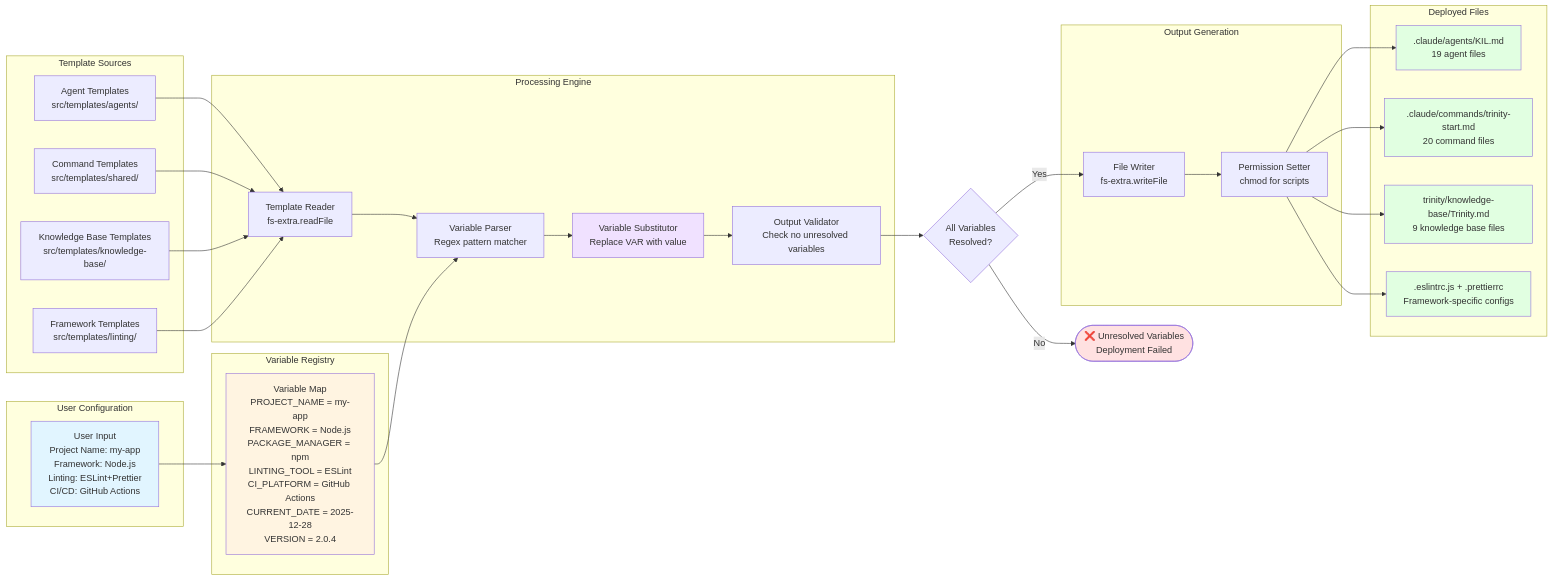
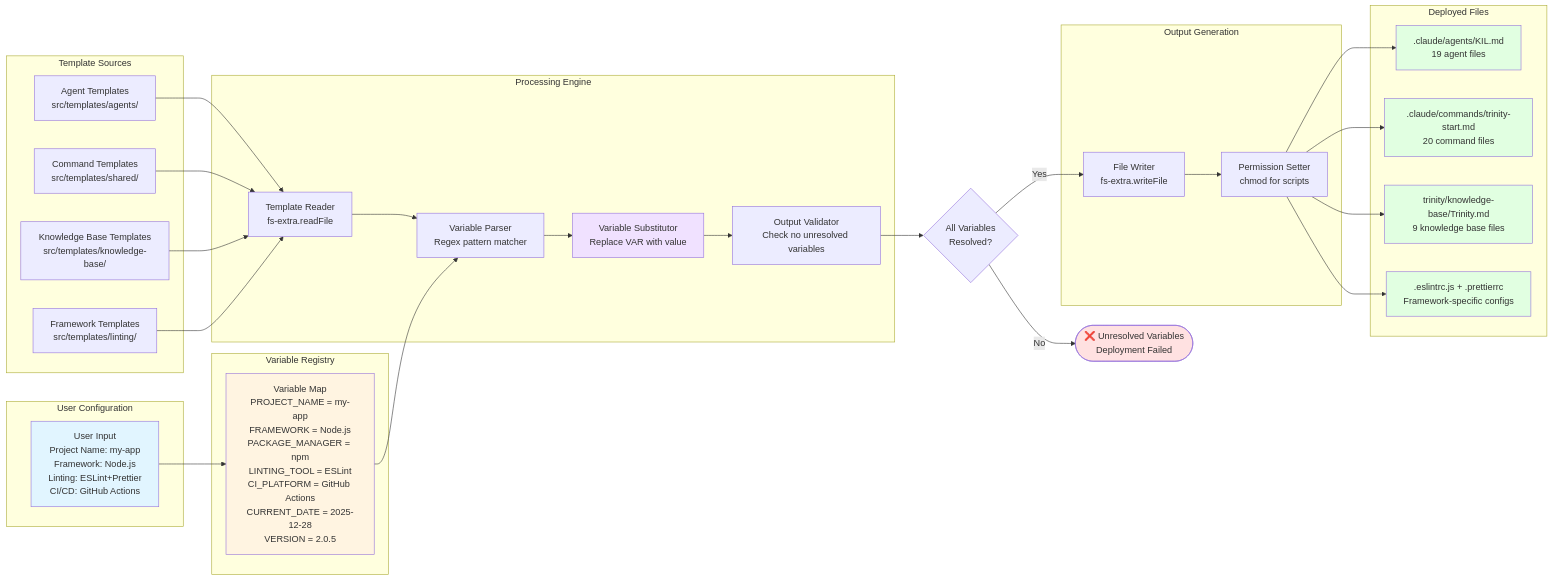
The diagram in docs/images/template-processing-pipeline.md (lukadfagundes/trinity-method-sdk), drawn with Mermaid before and after one commit. The commit also changed other lines of this file and 24 other files, not shown here.

````diff
--- a/docs/images/template-processing-pipeline.md
+++ b/docs/images/template-processing-pipeline.md
@@ -3,66 +3,66 @@
 ```mermaid
 flowchart LR
     subgraph "Template Sources"
         T1[Agent Templates<br/>src/templates/agents/]
         T2[Command Templates<br/>src/templates/shared/]
         T3[Knowledge Base Templates<br/>src/templates/knowledge-base/]
         T4[Framework Templates<br/>src/templates/linting/]
     end
 
     subgraph "User Configuration"
         CONFIG[User Input<br/>Project Name: my-app<br/>Framework: Node.js<br/>Linting: ESLint+Prettier<br/>CI/CD: GitHub Actions]
     end
 
     subgraph "Variable Registry"
-        VARS["Variable Map<br/>PROJECT_NAME = my-app<br/>FRAMEWORK = Node.js<br/>PACKAGE_MANAGER = npm<br/>LINTING_TOOL = ESLint<br/>CI_PLATFORM = GitHub Actions<br/>CURRENT_DATE = 2025-12-28<br/>VERSION = 2.0.4"]
+        VARS["Variable Map<br/>PROJECT_NAME = my-app<br/>FRAMEWORK = Node.js<br/>PACKAGE_MANAGER = npm<br/>LINTING_TOOL = ESLint<br/>CI_PLATFORM = GitHub Actions<br/>CURRENT_DATE = 2025-12-28<br/>VERSION = 2.0.5"]
     end
 
     subgraph "Processing Engine"
         READER[Template Reader<br/>fs-extra.readFile]
         PARSER["Variable Parser<br/>Regex pattern matcher"]
         SUBSTITUTOR["Variable Substitutor<br/>Replace VAR with value"]
         VALIDATOR["Output Validator<br/>Check no unresolved variables"]
     end
 
     subgraph "Output Generation"
         WRITER[File Writer<br/>fs-extra.writeFile]
         PERMS[Permission Setter<br/>chmod for scripts]
     end
 
     subgraph "Deployed Files"
         OUT1[.claude/agents/KIL.md<br/>19 agent files]
         OUT2[.claude/commands/trinity-start.md<br/>20 command files]
         OUT3[trinity/knowledge-base/Trinity.md<br/>9 knowledge base files]
         OUT4[.eslintrc.js + .prettierrc<br/>Framework-specific configs]
     end
 
     CONFIG --> VARS
     T1 --> READER
     T2 --> READER
     T3 --> READER
     T4 --> READER
 
     READER --> PARSER
     VARS --> PARSER
     PARSER --> SUBSTITUTOR
     SUBSTITUTOR --> VALIDATOR
 
     VALIDATOR --> DECISION{All Variables<br/>Resolved?}
     DECISION -->|No| ERROR([❌ Unresolved Variables<br/>Deployment Failed])
     DECISION -->|Yes| WRITER
 
     WRITER --> PERMS
     PERMS --> OUT1
     PERMS --> OUT2
     PERMS --> OUT3
     PERMS --> OUT4
 
     style CONFIG fill:#e1f5ff
     style VARS fill:#fff4e1
     style SUBSTITUTOR fill:#f0e1ff
     style OUT1 fill:#e1ffe1
     style OUT2 fill:#e1ffe1
     style OUT3 fill:#e1ffe1
     style OUT4 fill:#e1ffe1
     style ERROR fill:#ffe1e1
 ```
````
